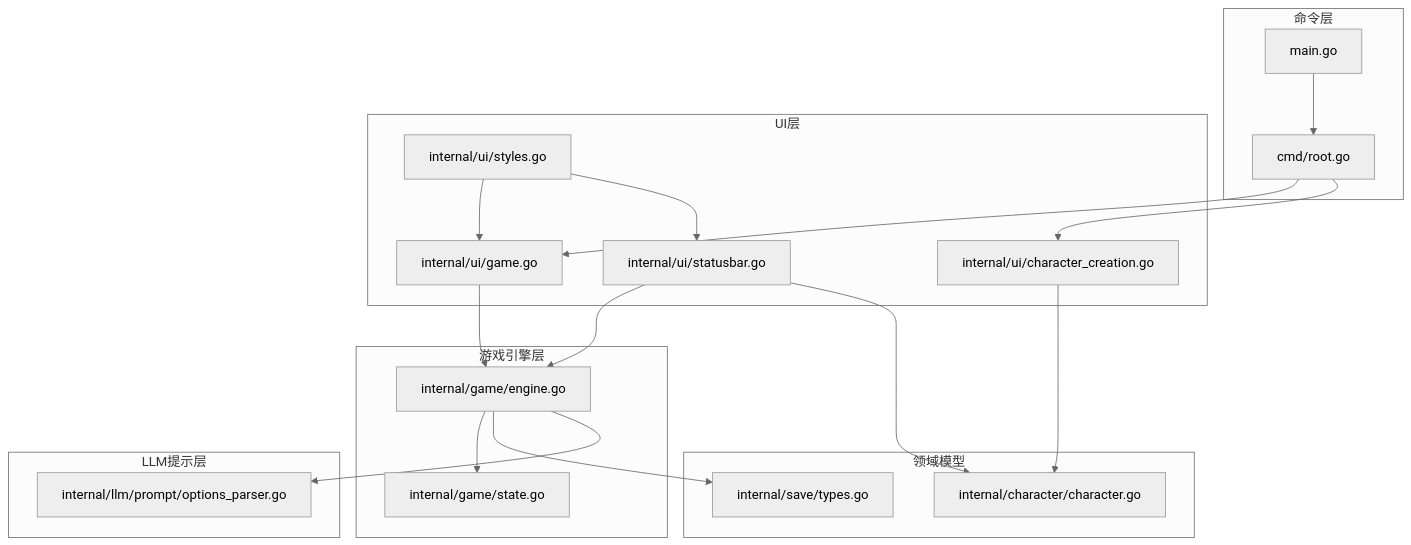
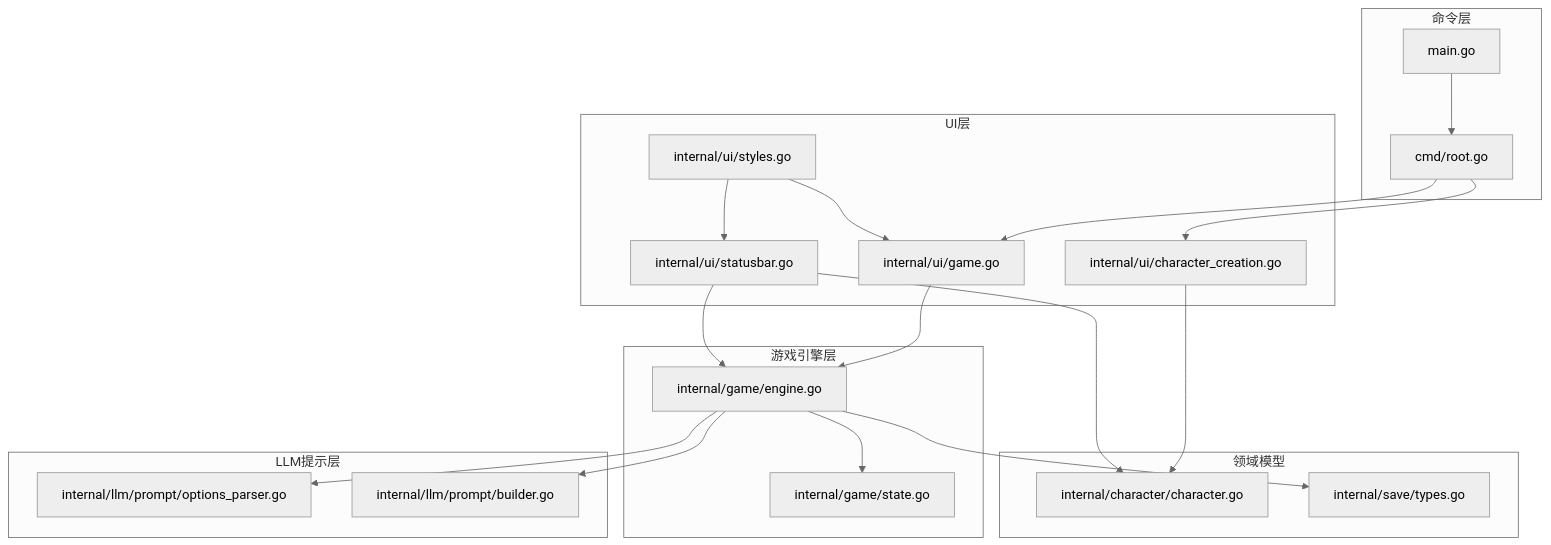
One commit to zwh8800/cdnd changed the first of 6 diagrams in .qoder/repowiki/zh/content/用户界面/用户界面.md. Above: the diagram before and after it, drawn with Mermaid (neutral theme). The commit also changed other lines of this file and 23 other files, not shown here.

````diff
--- a/.qoder/repowiki/zh/content/用户界面/用户界面.md
+++ b/.qoder/repowiki/zh/content/用户界面/用户界面.md
@@ -44,36 +46,38 @@
 ```mermaid
 graph TB
 subgraph "命令层"
 MAIN["main.go"]
 ROOT["cmd/root.go"]
 end
 subgraph "UI层"
 GAME["internal/ui/game.go"]
 CHAR["internal/ui/character_creation.go"]
 STATUS["internal/ui/statusbar.go"]
 STYLES["internal/ui/styles.go"]
 end
 subgraph "游戏引擎层"
 ENGINE["internal/game/engine.go"]
 STATE["internal/game/state.go"]
 end
 subgraph "领域模型"
 CHAR_MODEL["internal/character/character.go"]
 SAVE_TYPES["internal/save/types.go"]
 end
 subgraph "LLM提示层"
 OPTIONS_PARSER["internal/llm/prompt/options_parser.go"]
+BUILDER["internal/llm/prompt/builder.go"]
 end
 MAIN --> ROOT
 ROOT --> GAME
 ROOT --> CHAR
 GAME --> ENGINE
 CHAR --> CHAR_MODEL
 STATUS --> ENGINE
 STATUS --> CHAR_MODEL
 ENGINE --> STATE
 ENGINE --> SAVE_TYPES
 ENGINE --> OPTIONS_PARSER
+ENGINE --> BUILDER
 STYLES --> GAME
 STYLES --> STATUS
 ```
````
